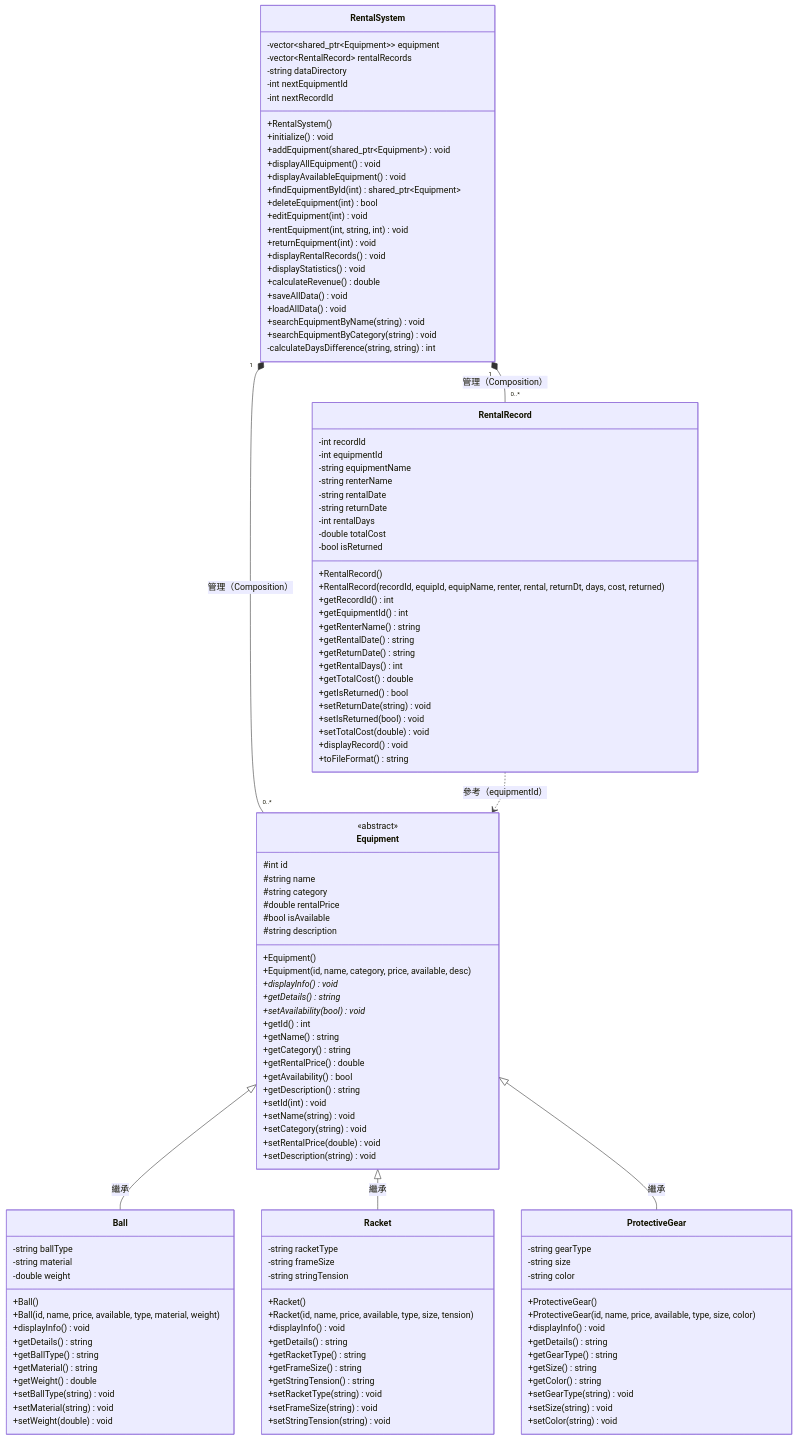
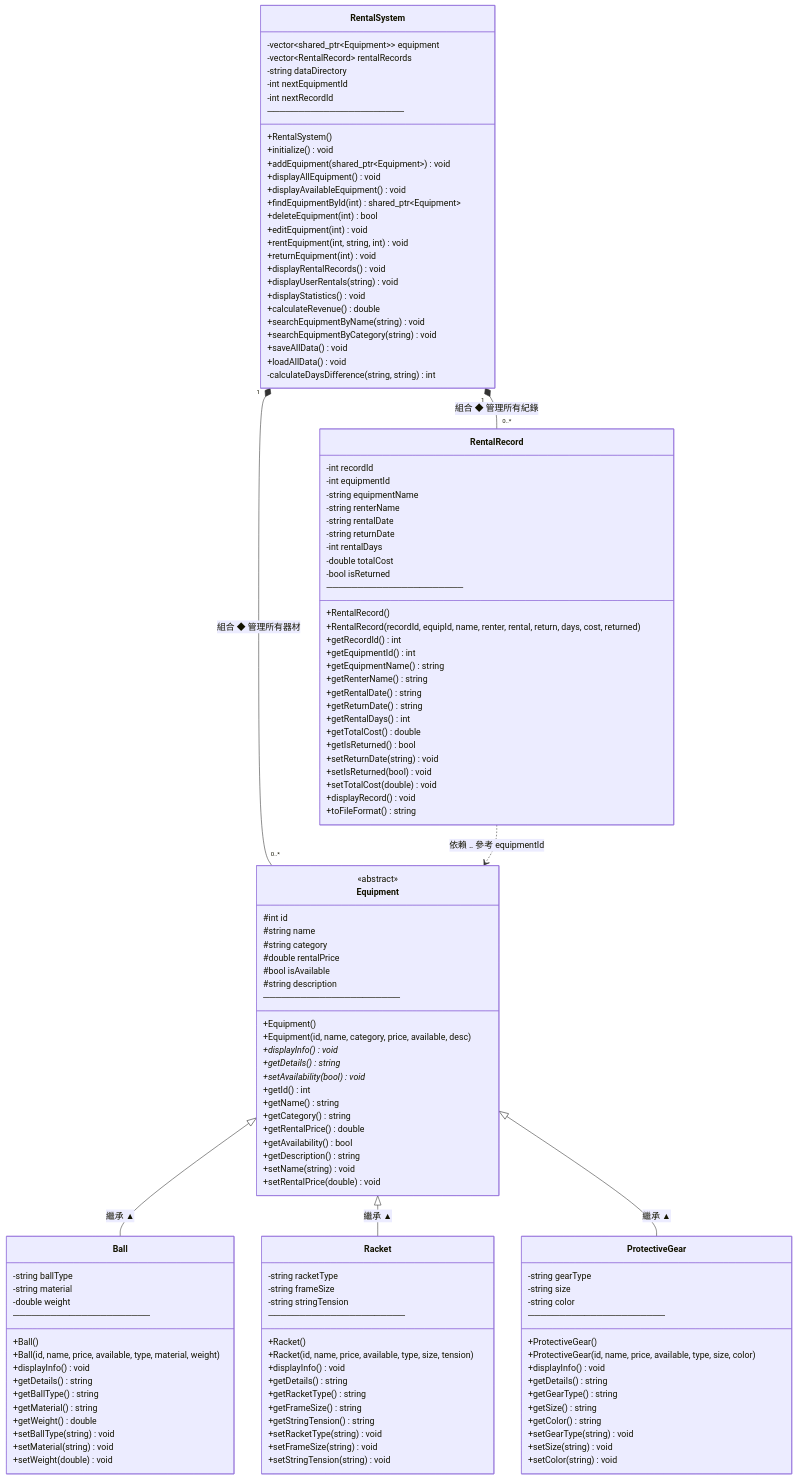
Before and after one commit to sally1218/hw8_final: the diagram in docs/CLASS_DIAGRAM.md, drawn with Mermaid. The commit also changed other lines of this file, not shown here.

Commit message:
docs: update detailed Mermaid UML class diagram

````diff
--- a/docs/CLASS_DIAGRAM.md
+++ b/docs/CLASS_DIAGRAM.md
@@ -9,6 +9,10 @@
 ```mermaid
 classDiagram
-    %% ── 基類 ──
+    direction TB
+
+    %% ════════════════════════════════
+    %%  抽象基類 Equipment
+    %% ════════════════════════════════
     class Equipment {
         <<abstract>>
         #int id
@@ -17,6 +21,7 @@
         #double rentalPrice
         #bool isAvailable
         #string description
+        ──────────────────────
         +Equipment()
         +Equipment(id, name, category, price, available, desc)
         +displayInfo() void*
@@ -28,18 +33,18 @@
         +getRentalPrice() double
         +getAvailability() bool
         +getDescription() string
-        +setId(int) void
         +setName(string) void
-        +setCategory(string) void
         +setRentalPrice(double) void
-        +setDescription(string) void
     }
 
-    %% ── 衍生類 ──
+    %% ════════════════════════════════
+    %%  子類：Ball
+    %% ════════════════════════════════
     class Ball {
         -string ballType
         -string material
         -double weight
+        ──────────────────────
         +Ball()
         +Ball(id, name, price, available, type, material, weight)
         +displayInfo() void
@@ -52,10 +57,14 @@
         +setWeight(double) void
     }
 
+    %% ════════════════════════════════
+    %%  子類：Racket
+    %% ════════════════════════════════
     class Racket {
         -string racketType
         -string frameSize
         -string stringTension
+        ──────────────────────
         +Racket()
         +Racket(id, name, price, available, type, size, tension)
         +displayInfo() void
@@ -68,10 +77,14 @@
         +setStringTension(string) void
     }
 
+    %% ════════════════════════════════
+    %%  子類：ProtectiveGear
+    %% ════════════════════════════════
     class ProtectiveGear {
         -string gearType
         -string size
         -string color
+        ──────────────────────
         +ProtectiveGear()
         +ProtectiveGear(id, name, price, available, type, size, color)
         +displayInfo() void
@@ -84,7 +97,9 @@
         +setColor(string) void
     }
 
-    %% ── 租借紀錄類 ──
+    %% ════════════════════════════════
+    %%  租借紀錄類：RentalRecord
+    %% ════════════════════════════════
     class RentalRecord {
         -int recordId
         -int equipmentId
@@ -95,10 +110,12 @@
         -int rentalDays
         -double totalCost
         -bool isReturned
+        ──────────────────────
         +RentalRecord()
-        +RentalRecord(recordId, equipId, equipName, renter, rental, returnDt, days, cost, returned)
+        +RentalRecord(recordId, equipId, name, renter, rental, return, days, cost, returned)
         +getRecordId() int
         +getEquipmentId() int
+        +getEquipmentName() string
         +getRenterName() string
         +getRentalDate() string
         +getReturnDate() string
@@ -112,13 +129,16 @@
         +toFileFormat() string
     }
 
-    %% ── 系統管理類 ──
+    %% ════════════════════════════════
+    %%  系統管理類：RentalSystem
+    %% ════════════════════════════════
     class RentalSystem {
         -vector~shared_ptr~Equipment~~ equipment
         -vector~RentalRecord~ rentalRecords
         -string dataDirectory
         -int nextEquipmentId
         -int nextRecordId
+        ──────────────────────
         +RentalSystem()
         +initialize() void
         +addEquipment(shared_ptr~Equipment~) void
@@ -130,22 +150,29 @@
         +rentEquipment(int, string, int) void
         +returnEquipment(int) void
         +displayRentalRecords() void
+        +displayUserRentals(string) void
         +displayStatistics() void
         +calculateRevenue() double
+        +searchEquipmentByName(string) void
+        +searchEquipmentByCategory(string) void
         +saveAllData() void
         +loadAllData() void
-        +searchEquipmentByName(string) void
-        +searchEquipmentByCategory(string) void
         -calculateDaysDifference(string, string) int
     }
 
-    %% ── 繼承關係 ──
-    Equipment <|-- Ball : 繼承
-    Equipment <|-- Racket : 繼承
-    Equipment <|-- ProtectiveGear : 繼承
+    %% ════════════════════════════════
+    %%  關係定義
+    %% ════════════════════════════════
 
-    %% ── 組合／使用關係 ──
-    RentalSystem "1" *-- "0..*" Equipment : 管理（Composition）
-    RentalSystem "1" *-- "0..*" RentalRecord : 管理（Composition）
-    RentalRecord ..> Equipment : 參考（equipmentId）
+    %% 繼承（Inheritance）：子類 → 父類
+    Equipment <|-- Ball         : 繼承 ▲
+    Equipment <|-- Racket       : 繼承 ▲
+    Equipment <|-- ProtectiveGear : 繼承 ▲
+
+    %% 組合（Composition）：RentalSystem 擁有並管理
+    RentalSystem "1" *-- "0..*" Equipment    : 組合 ◆ 管理所有器材
+    RentalSystem "1" *-- "0..*" RentalRecord : 組合 ◆ 管理所有紀錄
+
+    %% 依賴（Dependency）：RentalRecord 透過 equipmentId 參考 Equipment
+    RentalRecord ..> Equipment : 依賴 ‥ 參考 equipmentId
 ```
````
